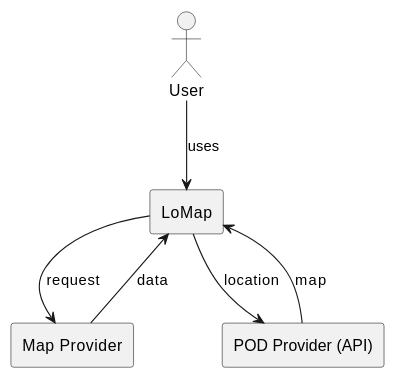
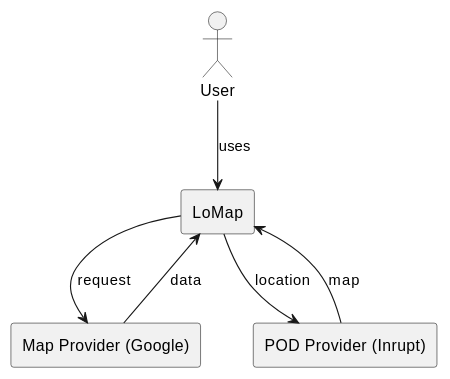
The first of 2 diagrams in docs/05_building_block_view.adoc (Arquisoft/lomap_en3b), drawn with PlantUML before and after one commit. The commit also changed other lines of this file and 10 other files, not shown here.

```diff
--- a/docs/05_building_block_view.adoc
+++ b/docs/05_building_block_view.adoc
@@ -60,12 +60,12 @@
 [plantuml,"Whitebox Overall diagram",png]
 ----
 actor User as S 
 rectangle “LoMap” as System 
-rectangle “Map Provider” as MapAPI 
-rectangle “POD Provider (API)” as PodAPI
+rectangle “Map Provider (Google)” as MapAPI
+rectangle “POD Provider (Inrupt)” as PodAPI
 S --> System: uses 
 System --> PodAPI: location 
 PodAPI --> System: map 
 System --> MapAPI: request 
 MapAPI --> System: data 
 ----
```
